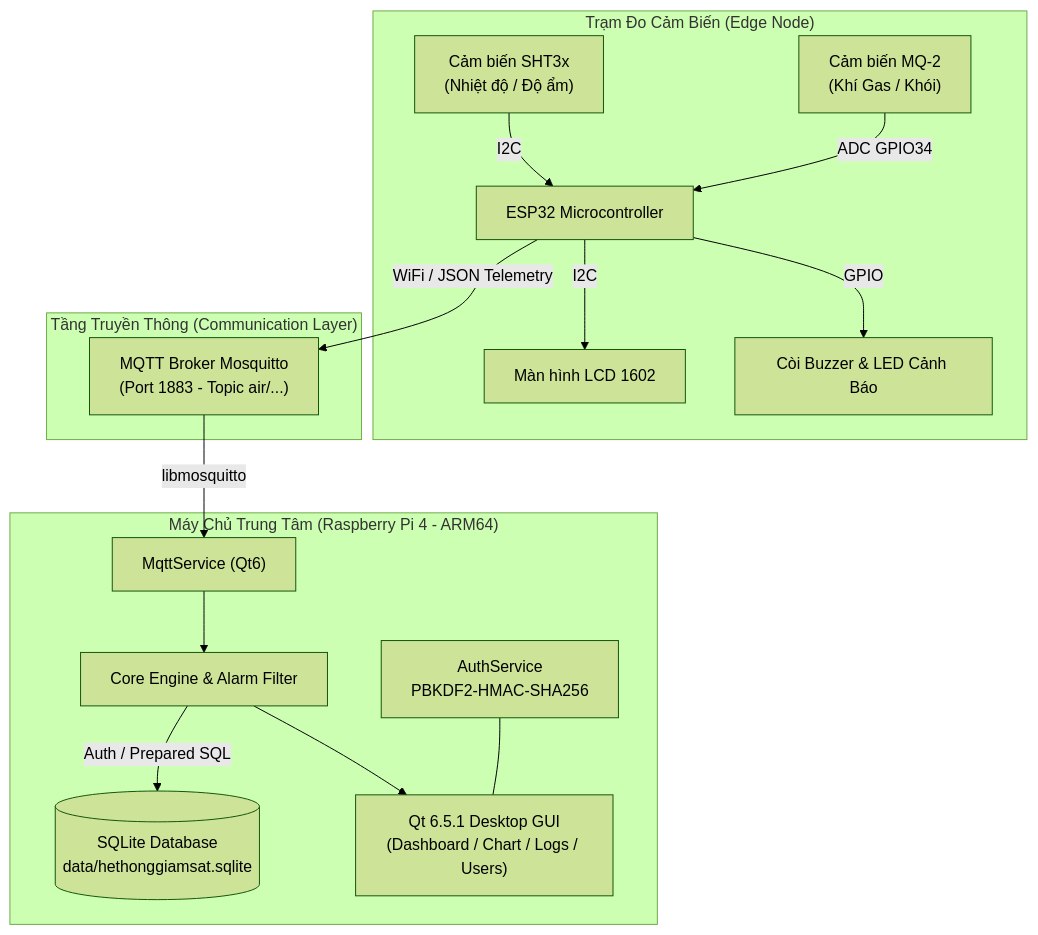
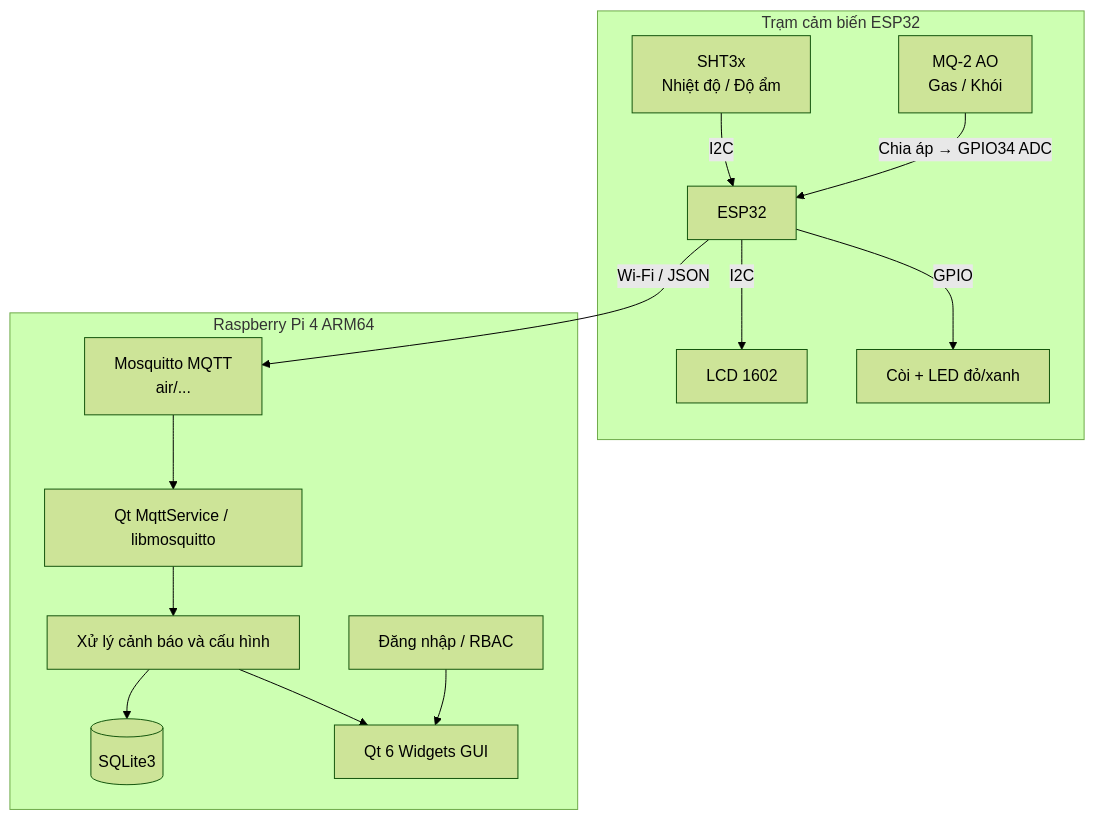
The diagram in README.md (dtc225030017-lang/Hethonggiamsat), drawn with Mermaid (forest theme) before and after one commit. The commit also changed other lines of this file and 27 other files, not shown here.

````diff
--- a/README.md
+++ b/README.md
@@ -52,21 +65,19 @@
 ```mermaid
-graph TD
-    subgraph "Trạm Đo Cảm Biến (Edge Node)"
-        SHT3X["Cảm biến SHT3x<br/>(Nhiệt độ / Độ ẩm)"] -->|I2C| ESP32["ESP32 Microcontroller"]
-        MQ2["Cảm biến MQ-2<br/>(Khí Gas / Khói)"] -->|ADC GPIO34| ESP32
-        ESP32 -->|I2C| LCD["Màn hình LCD 1602"]
-        ESP32 -->|GPIO| ALARM_HW["Còi Buzzer & LED Cảnh Báo"]
+flowchart TD
+    subgraph EDGE["Trạm cảm biến ESP32"]
+        SHT["SHT3x<br/>Nhiệt độ / Độ ẩm"] -->|I2C| ESP["ESP32"]
+        MQ2["MQ-2 AO<br/>Gas / Khói"] -->|Chia áp → GPIO34 ADC| ESP
+        ESP -->|I2C| LCD["LCD 1602"]
+        ESP -->|GPIO| ALERT["Còi + LED đỏ/xanh"]
     end
 
-    subgraph "Tầng Truyền Thông (Communication Layer)"
-        ESP32 -->|WiFi / JSON Telemetry| MOSQ["MQTT Broker Mosquitto<br/>(Port 1883 - Topic air/...)"]
-    end
+    ESP -->|Wi-Fi / JSON| BROKER["Mosquitto MQTT<br/>air/..."]
 
-    subgraph "Máy Chủ Trung Tâm (Raspberry Pi 4 - ARM64)"
-        MOSQ -->|libmosquitto| MQTT_SVC["MqttService (Qt6)"]
-        MQTT_SVC --> APP_CORE["Core Engine & Alarm Filter"]
-        APP_CORE -->|Auth / Prepared SQL| SQLITE[("SQLite Database<br/>data/hethonggiamsat.sqlite")]
-        APP_CORE --> UI["Qt 6.5.1 Desktop GUI<br/>(Dashboard / Chart / Logs / Users)"]
-        AUTH["AuthService<br/>PBKDF2-HMAC-SHA256"] --- UI
+    subgraph PI["Raspberry Pi 4 ARM64"]
+        BROKER --> MQTT["Qt MqttService / libmosquitto"]
+        MQTT --> CORE["Xử lý cảnh báo và cấu hình"]
+        CORE --> DB[("SQLite3")]
+        CORE --> GUI["Qt 6 Widgets GUI"]
+        AUTH["Đăng nhập / RBAC"] --> GUI
     end
 ```
````
